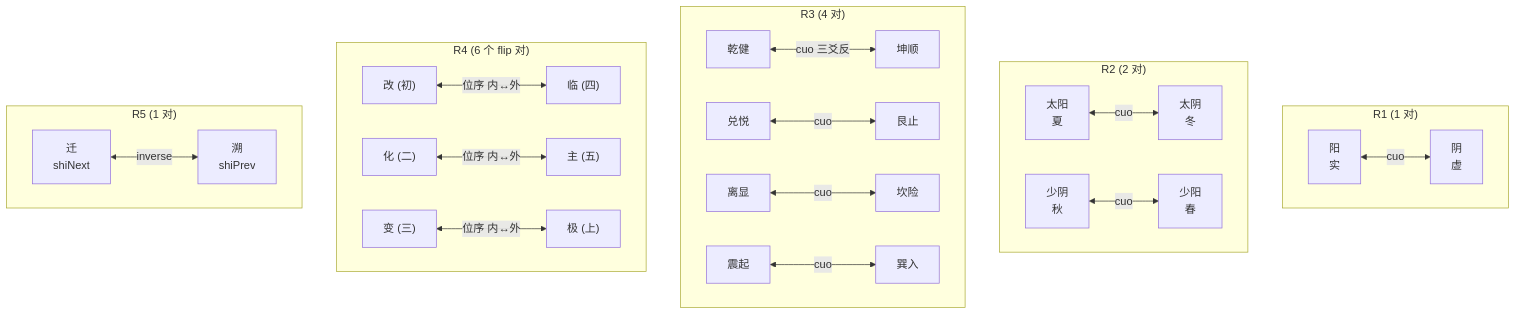
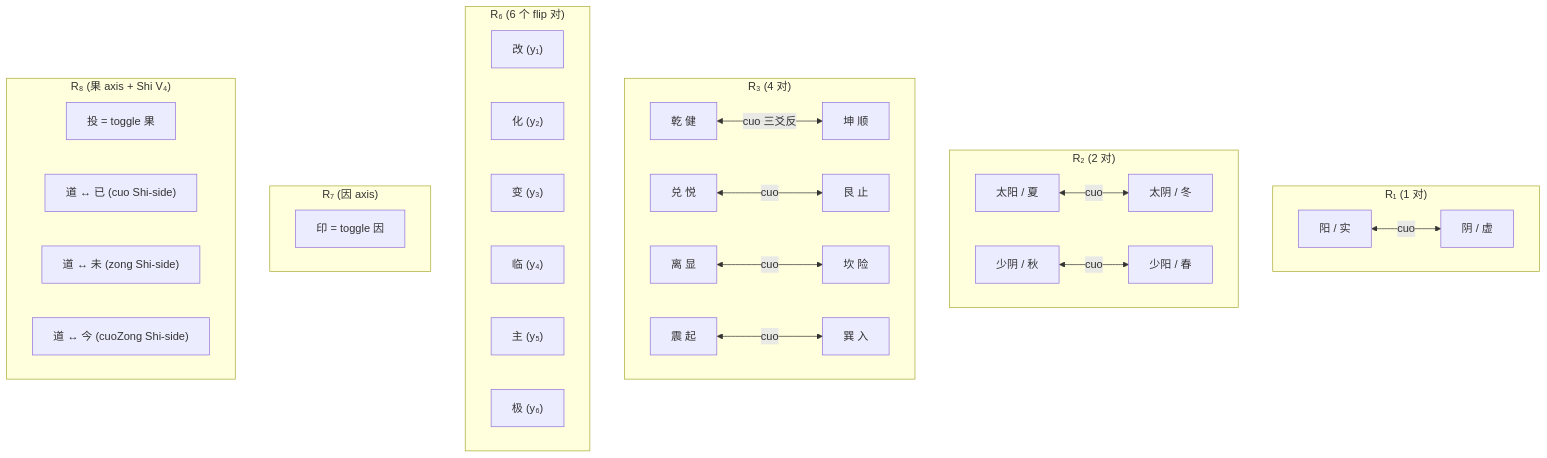
One commit to yongxu/DAO changed the eighth of 9 diagrams in docs-next/10_formal_形式/layer-axis-graph.md. Above: the diagram before and after it, drawn with Mermaid. The commit also changed other lines of this file and 60 other files, not shown here.

````diff
--- a/docs-next/10_formal_形式/layer-axis-graph.md
+++ b/docs-next/10_formal_形式/layer-axis-graph.md
@@ -561,50 +399,52 @@
 ```mermaid
 graph TB
-    subgraph R1Pair["R1 (1 对)"]
-      Y1["阳<br>实"]
-      Y2["阴<br>虚"]
+    subgraph R1Pair["R₁ (1 对)"]
+      Y1["阳 / 实"]
+      Y2["阴 / 虚"]
       Y1 <-->|cuo| Y2
     end
 
-    subgraph R2Pair["R2 (2 对)"]
-      X1["太阳<br>夏"]
-      X2["太阴<br>冬"]
-      X3["少阴<br>秋"]
-      X4["少阳<br>春"]
+    subgraph R2Pair["R₂ (2 对)"]
+      X1["太阳 / 夏"]
+      X2["太阴 / 冬"]
+      X3["少阴 / 秋"]
+      X4["少阳 / 春"]
       X1 <-->|cuo| X2
       X3 <-->|cuo| X4
     end
 
-    subgraph R3Pair["R3 (4 对)"]
-      A1["乾健"]
-      A2["坤顺"]
-      A3["兑悦"]
-      A4["艮止"]
-      A5["离显"]
-      A6["坎险"]
-      A7["震起"]
-      A8["巽入"]
+    subgraph R3Pair["R₃ (4 对)"]
+      A1["乾 健"]
+      A2["坤 顺"]
+      A3["兑 悦"]
+      A4["艮 止"]
+      A5["离 显"]
+      A6["坎 险"]
+      A7["震 起"]
+      A8["巽 入"]
       A1 <-->|cuo 三爻反| A2
       A3 <-->|cuo| A4
       A5 <-->|cuo| A6
       A7 <-->|cuo| A8
     end
 
-    subgraph R4Pair["R4 (6 个 flip 对)"]
-      F1["改 (初)"]
-      F2["化 (二)"]
-      F3["变 (三)"]
-      F4["临 (四)"]
-      F5["主 (五)"]
-      F6["极 (上)"]
-      F1 <-->|位序 内↔外| F4
-      F2 <-->|位序 内↔外| F5
-      F3 <-->|位序 内↔外| F6
+    subgraph R6Pair["R₆ (6 个 flip 对)"]
+      F1["改 (y₁)"]
+      F2["化 (y₂)"]
+      F3["变 (y₃)"]
+      F4["临 (y₄)"]
+      F5["主 (y₅)"]
+      F6["极 (y₆)"]
     end
 
-    subgraph R5Pair["R5 (1 对)"]
-      T1["迁<br>shiNext"]
-      T2["溯<br>shiPrev"]
-      T1 <-->|inverse| T2
+    subgraph R7Pair["R₇ (因 axis)"]
+      Y7["印 = toggle 因"]
+    end
+
+    subgraph R8Pair["R₈ (果 axis + Shi V₄)"]
+      Y8["投 = toggle 果"]
+      DAOJI["道 ↔ 已 (cuo Shi-side)"]
+      DAOWEI["道 ↔ 未 (zong Shi-side)"]
+      DAOJIN["道 ↔ 今 (cuoZong Shi-side)"]
     end
 ```
````
